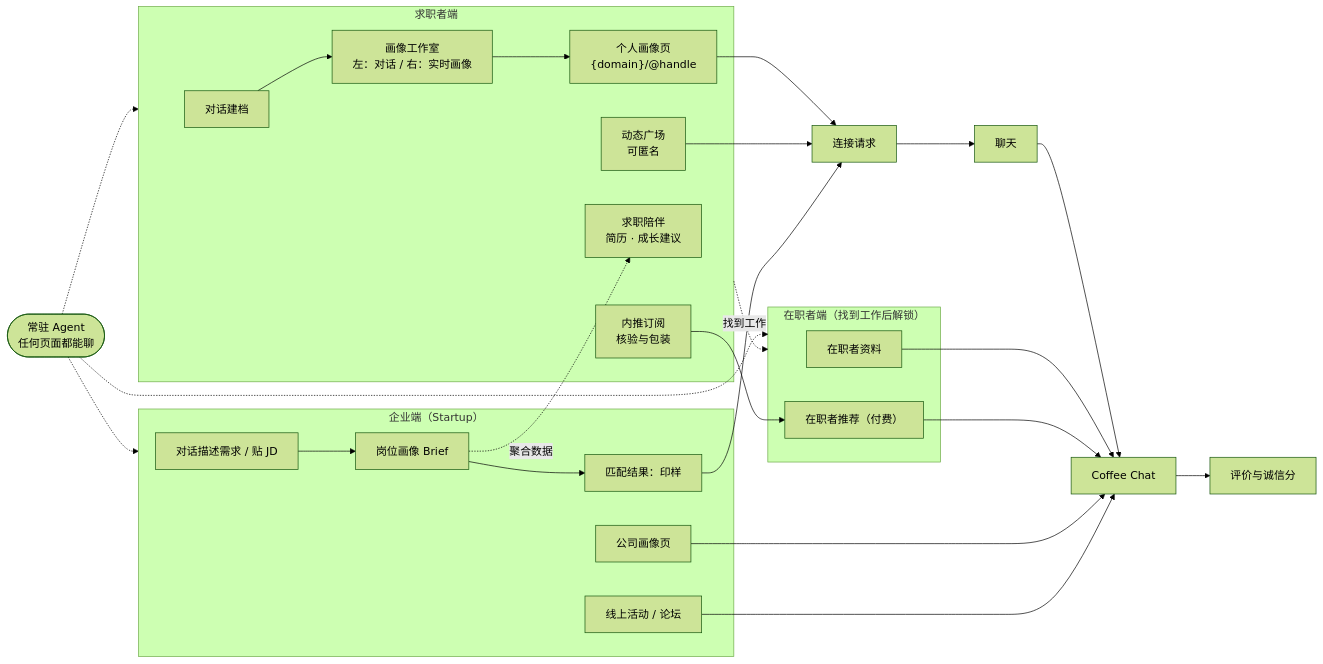
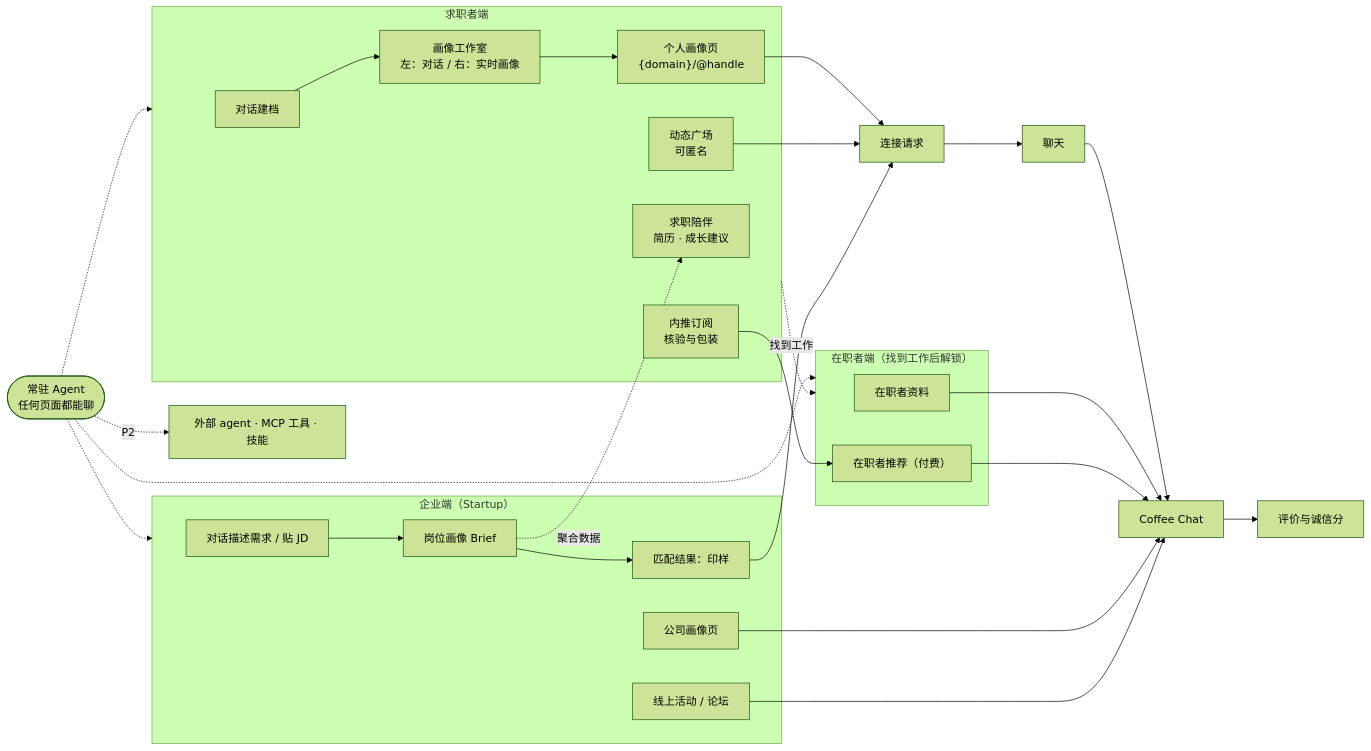
One commit to mikeaccio666-debug/employee-research-agent changed the diagram in docs/PRD.md. Above: the diagram before and after it, drawn with Mermaid (forest theme). The commit also changed other lines of this file and 3 other files, not shown here.

First line of the commit message:
Plan an open agent ecosystem: MCP tools, skills and agent collaboration

````diff
--- a/docs/PRD.md
+++ b/docs/PRD.md
@@ -131,37 +131,38 @@
 ```mermaid
 flowchart LR
   AG(["常驻 Agent<br/>任何页面都能聊"])
   subgraph T["求职者端"]
     T1["对话建档"] --> T2["画像工作室<br/>左：对话 / 右：实时画像"]
     T2 --> T3["个人画像页<br/>{domain}/@handle"]
     T4["动态广场<br/>可匿名"]
     T5["求职陪伴<br/>简历 · 成长建议"]
     T6["内推订阅<br/>核验与包装"]
   end
   subgraph I["在职者端（找到工作后解锁）"]
     I1["在职者资料"]
     I2["在职者推荐（付费）"]
   end
   subgraph C["企业端（Startup）"]
     C1["对话描述需求 / 贴 JD"] --> C2["岗位画像 Brief"]
     C2 --> C3["匹配结果：印样"]
     C4["公司画像页"]
     C5["线上活动 / 论坛"]
   end
   AG -.-> T
   AG -.-> I
   AG -.-> C
+  AG -.->|"P2"| EX["外部 agent · MCP 工具 · 技能"]
   T -.->|"找到工作"| I
   T6 --> I2
   C2 -.->|"聚合数据"| T5
   T3 --> X1["连接请求"]
   T4 --> X1
   C3 --> X1
   X1 --> X2["聊天"]
   X2 --> X3["Coffee Chat"]
   I1 --> X3
   I2 --> X3
   C4 --> X3
   C5 --> X3
   X3 --> X4["评价与诚信分"]
 ```
````
